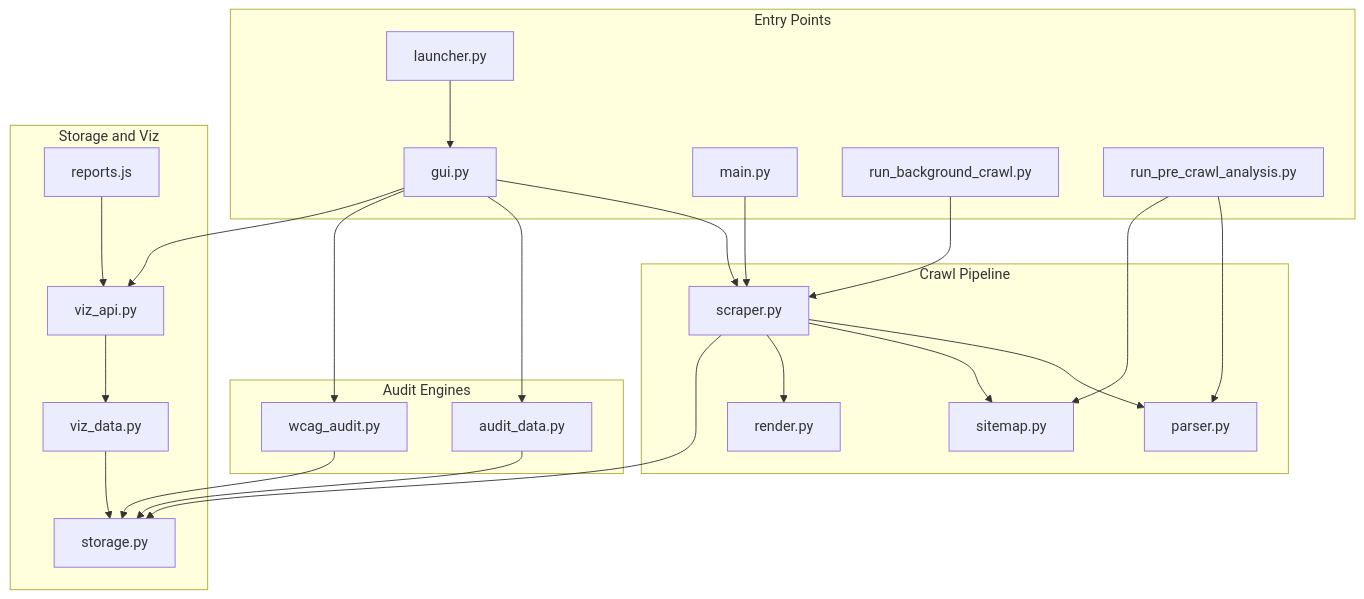
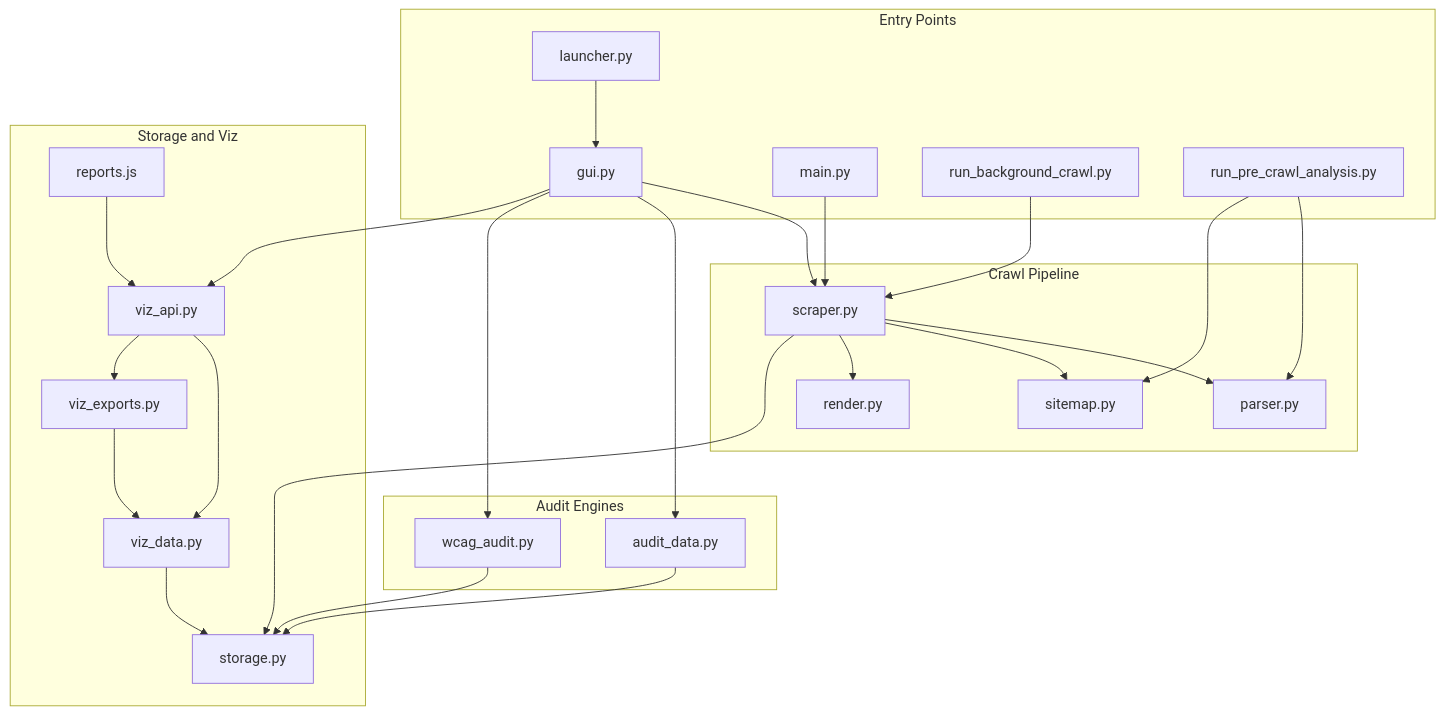
One commit to hooperstu/CrawlStreetJournal changed the first of 10 diagrams in architecture.md. Above: the diagram before and after it, drawn with Mermaid. The commit also changed other lines of this file, not shown here.

First line of the commit message:
docs: refresh architecture for dashboard reports, exports, and tests

````diff
--- a/architecture.md
+++ b/architecture.md
@@ -38,44 +38,47 @@
 ```mermaid
 graph TD
     subgraph entryPoints [Entry Points]
         launcher[launcher.py]
         guiPy[gui.py]
         mainPy[main.py]
         bgCrawl[run_background_crawl.py]
         preAnalysis[run_pre_crawl_analysis.py]
     end
     subgraph pipeline [Crawl Pipeline]
         scraper[scraper.py]
         parser[parser.py]
         sitemap[sitemap.py]
         renderPy[render.py]
     end
     subgraph auditEngines [Audit Engines]
         auditData[audit_data.py]
         wcagAudit[wcag_audit.py]
     end
     subgraph storageViz [Storage and Viz]
         storage[storage.py]
         vizData[viz_data.py]
+        vizExports[viz_exports.py]
         vizApi[viz_api.py]
         reportsJs[reports.js]
     end
     launcher --> guiPy
     guiPy --> scraper
     guiPy --> auditData
     guiPy --> wcagAudit
     mainPy --> scraper
     bgCrawl --> scraper
     preAnalysis --> parser
     preAnalysis --> sitemap
     scraper --> parser
     scraper --> sitemap
     scraper --> renderPy
     scraper --> storage
     auditData --> storage
     wcagAudit --> storage
     guiPy --> vizApi
     vizApi --> vizData
+    vizApi --> vizExports
+    vizExports --> vizData
     vizData --> storage
     reportsJs --> vizApi
 ```
````
